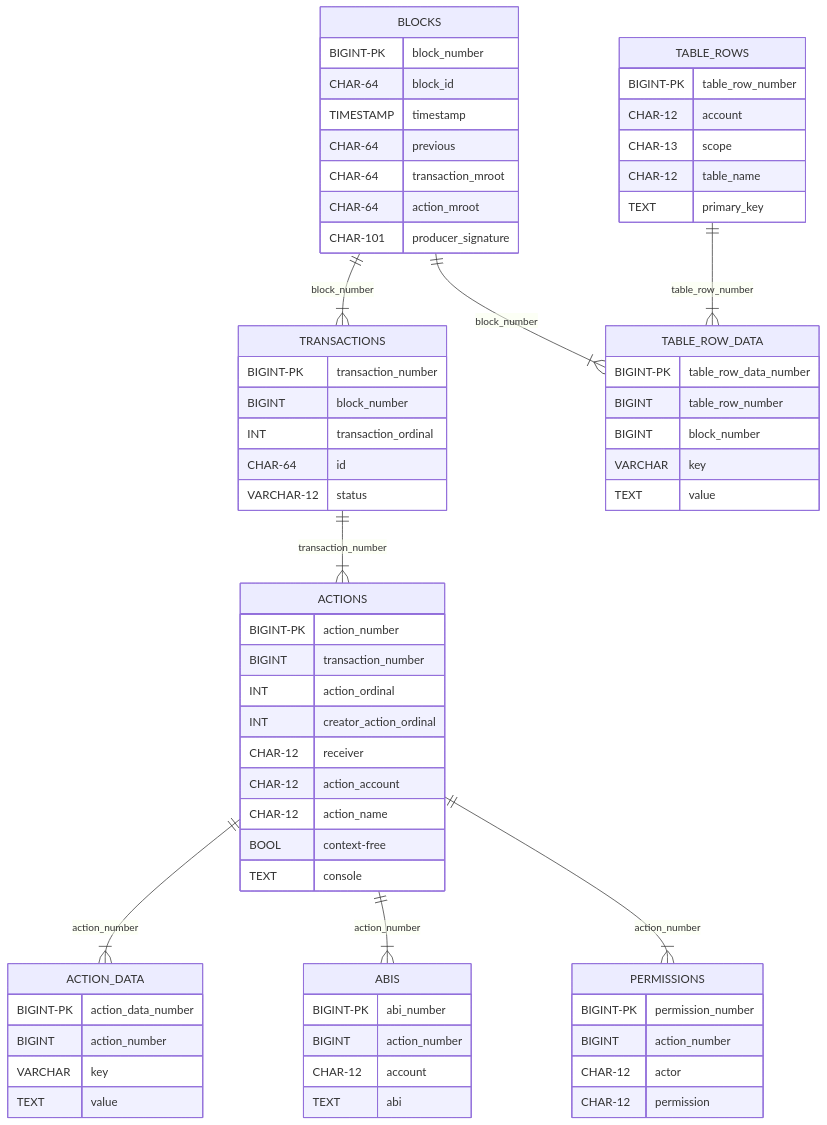
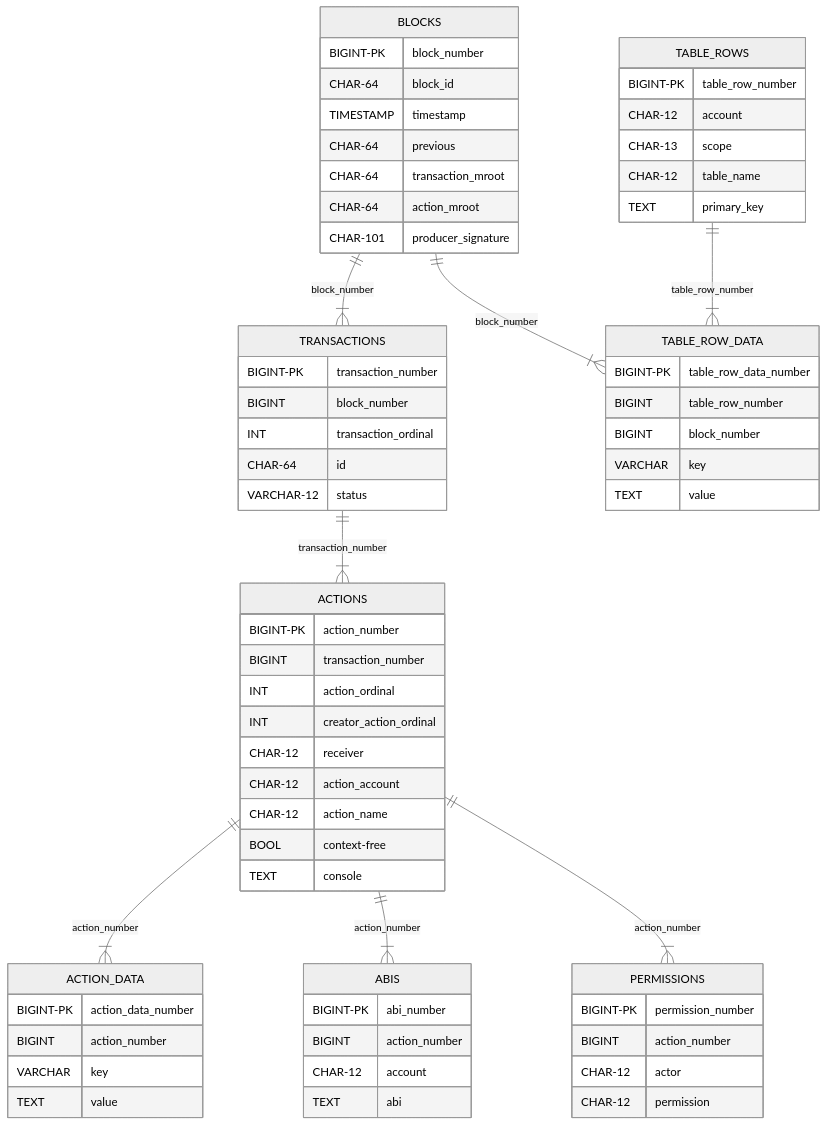
One commit to chintai-platform/history-tools changed the diagram in TABLE_RELATIONS.md. Above: the diagram before and after it, drawn with Mermaid.

Commit message:
Use neutral theme for clarity

````diff
--- a/TABLE_RELATIONS.md
+++ b/TABLE_RELATIONS.md
@@ -1,4 +1,6 @@
 ```mermaid
+%%{init: {'theme':'neutral'}}%%
+
 erDiagram
 
 BLOCKS {
````
